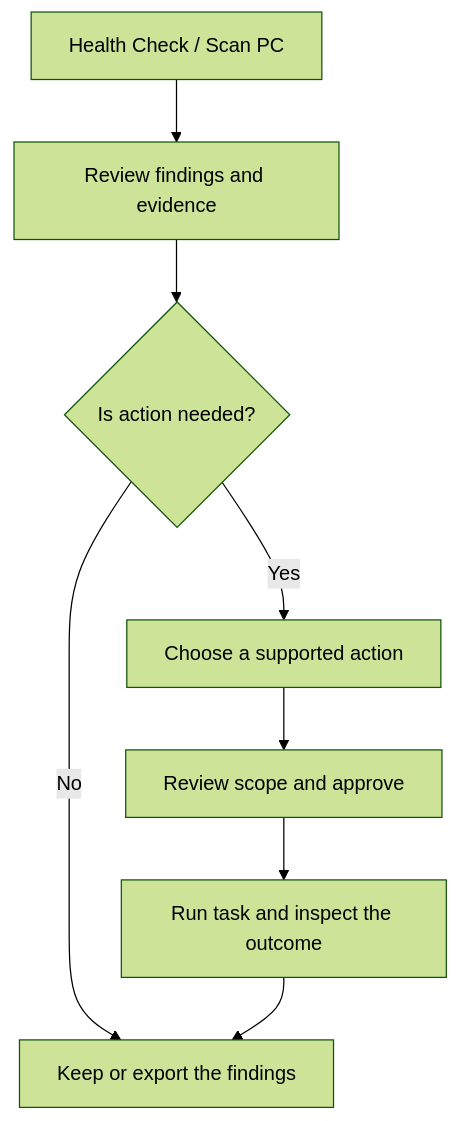
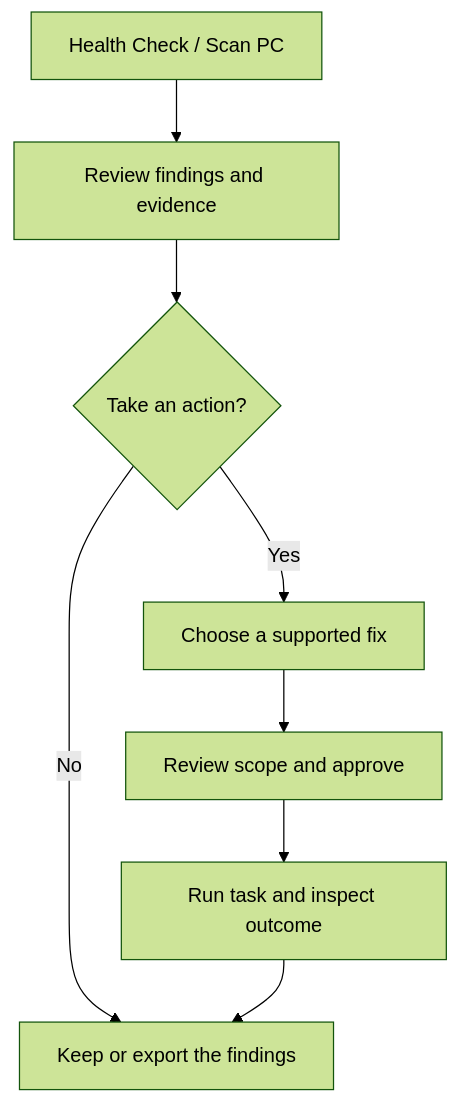
The first of 2 diagrams in README.md (Beans-Melon/Forge-Sentinel-Releases), drawn with Mermaid (forest theme) before and after one commit. The commit also changed other lines of this file, not shown here.

````diff
--- a/README.md
+++ b/README.md
@@ -53,10 +41,10 @@
 ```mermaid
 flowchart TD
     A["Health Check / Scan PC"] --> B["Review findings and evidence"]
-    B --> C{"Is action needed?"}
-    C -->|No| D["Keep or export the findings"]
-    C -->|Yes| E["Choose a supported action"]
-    E --> F["Review scope and approve"]
-    F --> G["Run task and inspect the outcome"]
-    G --> D
+    B --> C{"Take an action?"}
+    C -->|No| G["Keep or export the findings"]
+    C -->|Yes| D["Choose a supported fix"]
+    D --> E["Review scope and approve"]
+    E --> F["Run task and inspect outcome"]
+    F --> G
 ```
````
